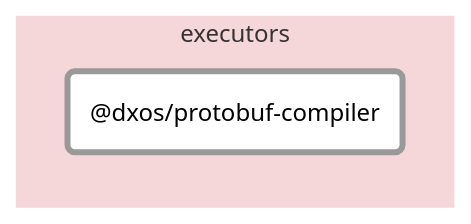
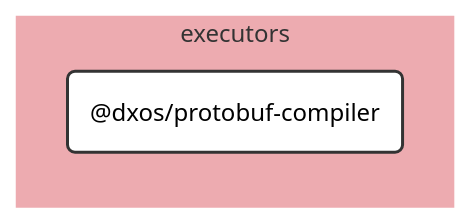
Before and after one commit to dxos/dxos: the diagram in tools/executors/protobuf-compiler/docs/README.md, drawn with Mermaid (neutral theme). The commit also changed 100 other files, not shown here.

````diff
--- a/tools/executors/protobuf-compiler/docs/README.md
+++ b/tools/executors/protobuf-compiler/docs/README.md
@@ -7,12 +7,25 @@
 ```mermaid
-flowchart LR;
+%%{ init: {'flowchart':{'curve':'basis'}} }%%
 
-style dxos/protobuf-compiler fill:#fff,stroke-width:4px;
+flowchart LR
+
+%% Links
+
+%% Sections
+subgraph executors
+  style executors fill:#edabb0,stroke:#fff;
+
+  dxos/protobuf-compiler("@dxos/protobuf-compiler")
+end
 
 
-subgraph executors
-  style executors fill:#f5d6d9,stroke:#fff;
-  dxos/protobuf-compiler("@dxos/protobuf-compiler");
-end
+%% Hyperlinks
+
+%% Styles
+classDef rootNode fill:#fff,stroke:#333,stroke-width:2px
+classDef defaultNode fill:#fff,stroke:#333,stroke-width:1px
+linkStyle default stroke:#333,stroke-width:1px
+
+dxos/protobuf-compiler:::rootNode
 
 ```
````
